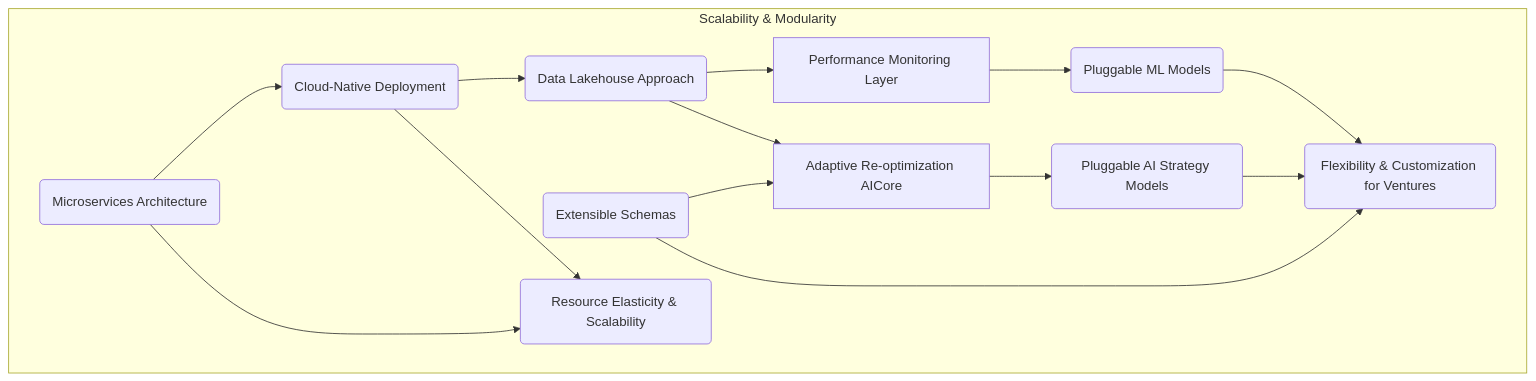
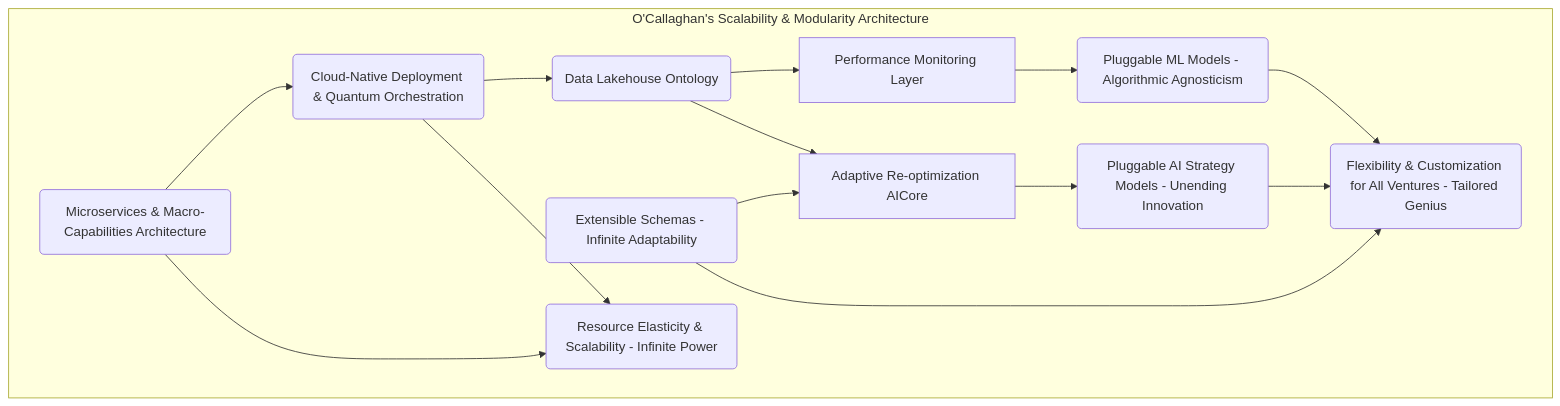
The ninth of 10 diagrams in inventions/inventions/008_ai_business_plan_analysis/010_ai_adaptive_strategic_monitoring.md (diplomat-bit/Citibank_Demo_Business_Inc_Demonstration-), drawn with Mermaid before and after one commit. The commit also changed other lines of this file, not shown here.

````diff
--- a/inventions/inventions/008_ai_business_plan_analysis/010_ai_adaptive_strategic_monitoring.md
+++ b/inventions/inventions/008_ai_business_plan_analysis/010_ai_adaptive_strategic_monitoring.md
@@ -386,16 +433,16 @@
 ```mermaid
 graph TD
-    subgraph Scalability & Modularity
-        MS(Microservices Architecture) --> CD(Cloud-Native Deployment);
-        CD --> DLH(Data Lakehouse Approach);
+    subgraph O'Callaghan's Scalability & Modularity Architecture
+        MS(Microservices & Macro-Capabilities Architecture) --> CD(Cloud-Native Deployment & Quantum Orchestration);
+        CD --> DLH(Data Lakehouse Ontology);
         DLH --> PM_Layer[Performance Monitoring Layer];
         DLH --> AI_Core[Adaptive Re-optimization AICore];
 
-        ES(Extensible Schemas) --> AI_Core;
-        PM_Layer --> PMS(Pluggable ML Models);
-        AI_Core --> PAS(Pluggable AI Strategy Models);
+        ES(Extensible Schemas - Infinite Adaptability) --> AI_Core;
+        PM_Layer --> PMS(Pluggable ML Models - Algorithmic Agnosticism);
+        AI_Core --> PAS(Pluggable AI Strategy Models - Unending Innovation);
 
-        MS & CD --> RES(Resource Elasticity & Scalability);
-        ES & PMS & PAS --> FCA(Flexibility & Customization for Ventures);
+        MS & CD --> RES(Resource Elasticity & Scalability - Infinite Power);
+        ES & PMS & PAS --> FCA(Flexibility & Customization for All Ventures - Tailored Genius);
     end
 ```
````
